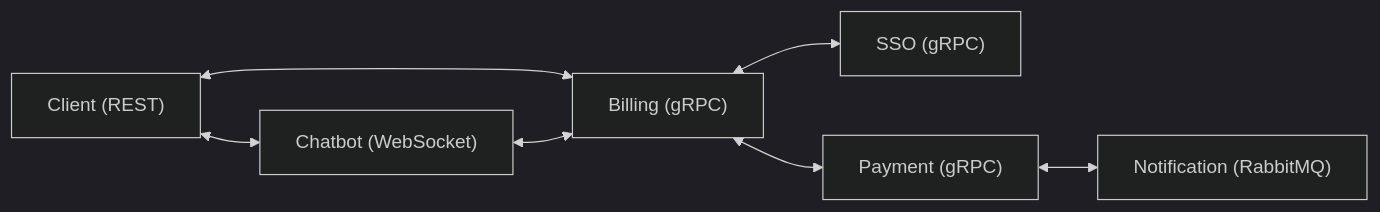
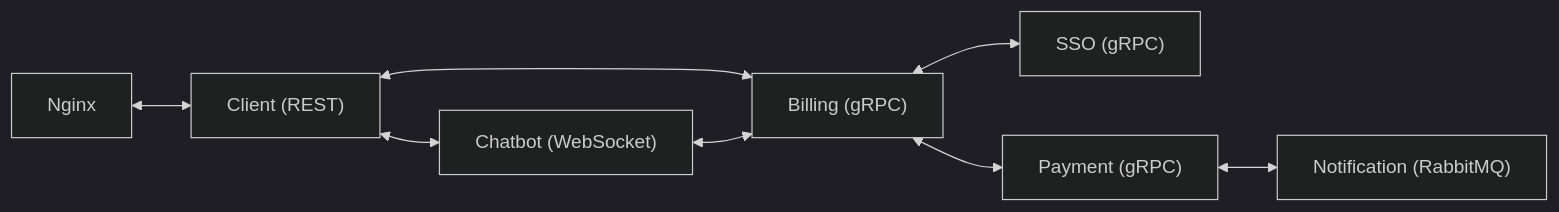
Before and after one commit to DarthanHawke/finance-system: the diagram in README.md, drawn with Mermaid (dark theme). The commit also changed other lines of this file and 6 other files, not shown here.

Commit message:
add nginx, update client, billing, fix

````diff
--- a/README.md
+++ b/README.md
@@ -41,9 +50,10 @@
 ```mermaid
 flowchart LR
-    Client["Client (REST)"] <--> Billing["Billing (gRPC)"]
+    Nginx <--> Client["Client (REST)"]
+    Client <--> Billing["Billing (gRPC)"]
     Client <--> Chatbot["Chatbot (WebSocket)"]
     Chatbot <--> Billing["Billing (gRPC)"]
     Billing <--> SSO["SSO (gRPC)"]
     Billing <--> Payment["Payment (gRPC)"]
     Payment <--> Notification["Notification (RabbitMQ)"]
 ``` 
````
